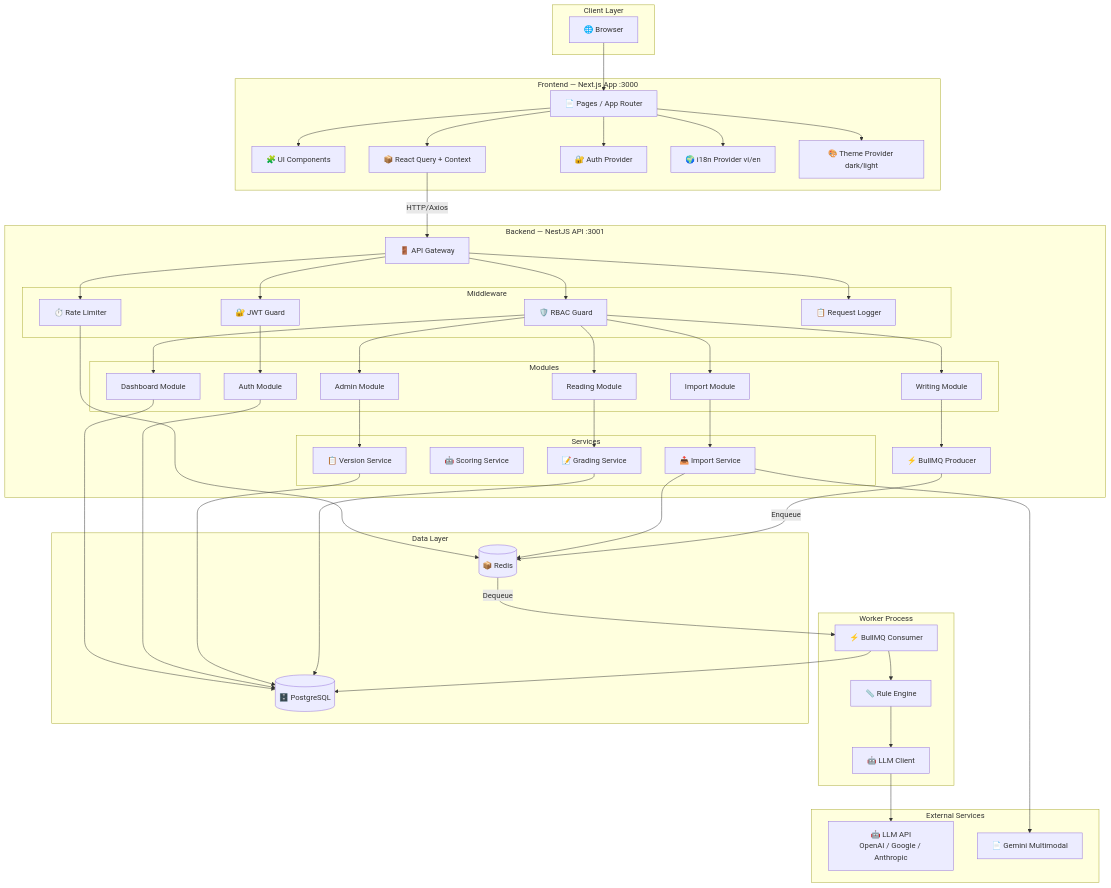
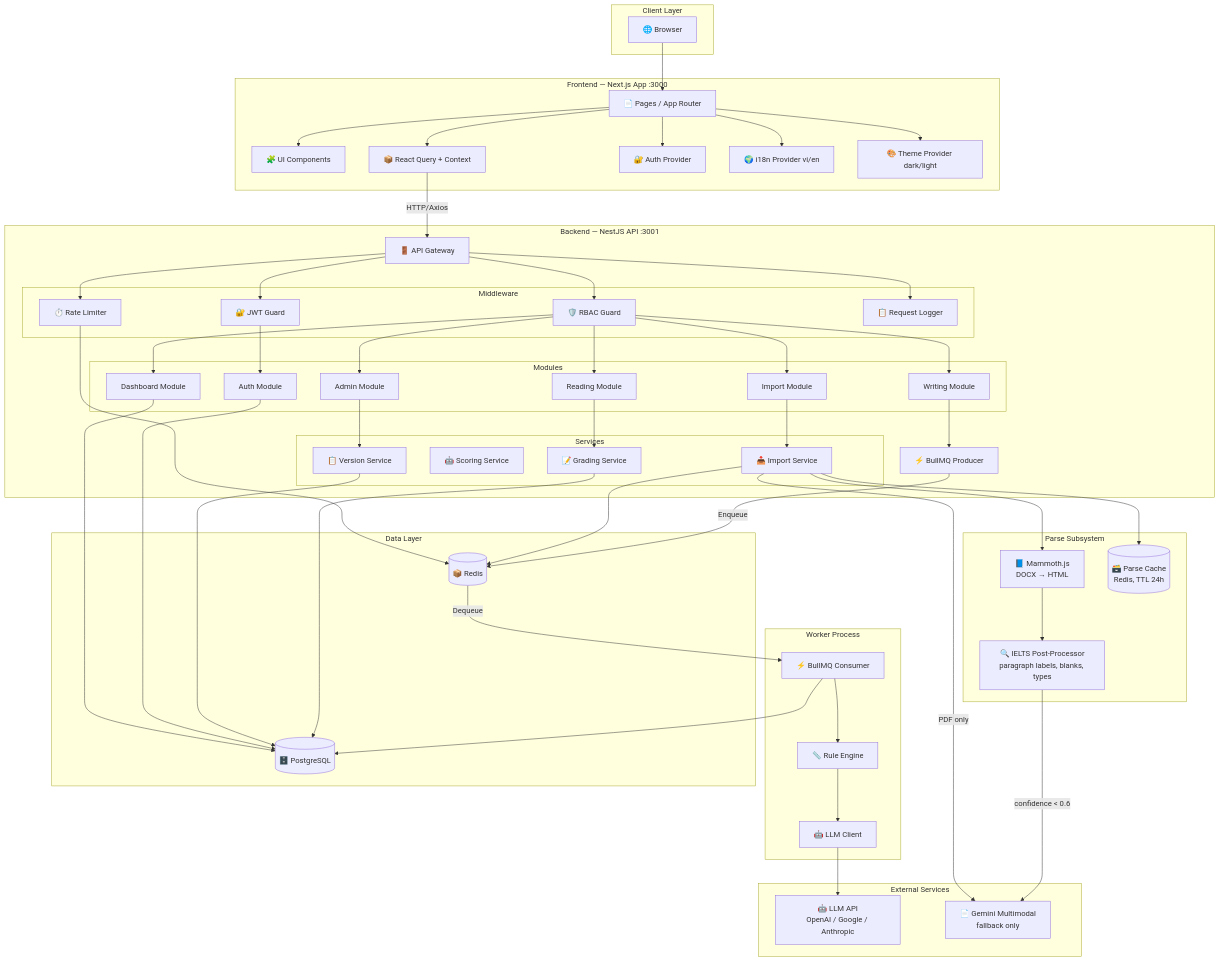
Before and after one commit to Ttuandatt/IELTS_Instructor: the first of 3 diagrams in docs/step3_prd/17_component_diagram.md, drawn with Mermaid. The commit also changed other lines of this file and 8 other files, not shown here.

First line of the commit message:
docs(prd): hybrid DOCX/PDF parser (Mammoth primary + Gemini fallback)

```diff
--- a/docs/step3_prd/17_component_diagram.md
+++ b/docs/step3_prd/17_component_diagram.md
@@ -67,7 +68,13 @@
 
     subgraph "External Services"
         LLM_API[🤖 LLM API<br/>OpenAI / Google / Anthropic]
-        GEM[📄 Gemini Multimodal]
+        GEM[📄 Gemini Multimodal<br/>fallback only]
+    end
+
+    subgraph "Parse Subsystem"
+        MAMMOTH[📘 Mammoth.js<br/>DOCX → HTML]
+        IELTS_PP[🔍 IELTS Post-Processor<br/>paragraph labels, blanks, types]
+        PARSE_CACHE[(🗃️ Parse Cache<br/>Redis, TTL 24h)]
     end
 
     Browser --> FE_Pages
@@ -102,7 +109,11 @@
     W_Consumer --> PG
 
     SVC_Grading --> PG
-    SVC_Import --> GEM
+    SVC_Import --> PARSE_CACHE
+    SVC_Import --> MAMMOTH
+    MAMMOTH --> IELTS_PP
+    IELTS_PP -->|confidence < 0.6| GEM
+    SVC_Import -->|PDF only| GEM
     SVC_Import --> RD
     SVC_Version --> PG
     MOD_Auth --> PG
```
